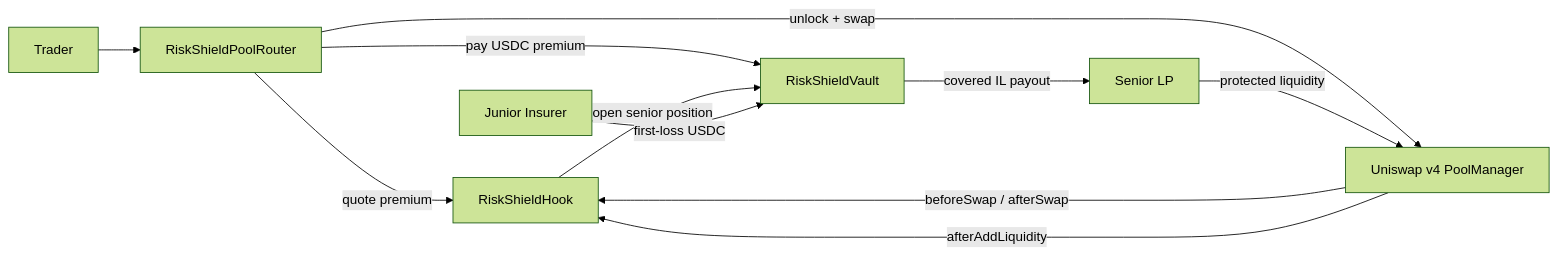
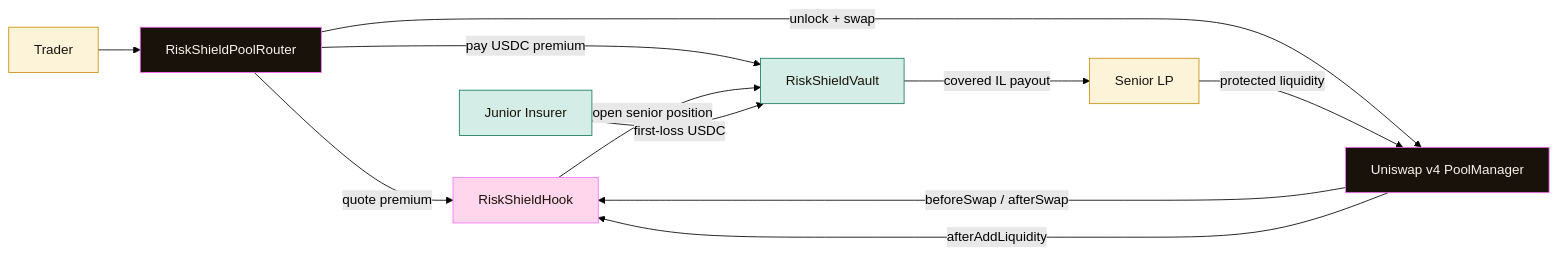
The diagram in README.md (NikhilRaikwar/riskshield-v4-hook), drawn with Mermaid (forest theme) before and after one commit. The commit also changed other lines of this file and 7 other files, not shown here.

````diff
--- a/README.md
+++ b/README.md
@@ -83,13 +92,27 @@
 ```mermaid
 flowchart LR
     T["Trader"] --> R["RiskShieldPoolRouter"]
     R -->|quote premium| H["RiskShieldHook"]
     R -->|pay USDC premium| V["RiskShieldVault"]
     R -->|unlock + swap| P["Uniswap v4 PoolManager"]
     P -->|beforeSwap / afterSwap| H
     S["Senior LP"] -->|protected liquidity| P
     P -->|afterAddLiquidity| H
     H -->|open senior position| V
     J["Junior Insurer"] -->|first-loss USDC| V
     V -->|covered IL payout| S
+
+    classDef trader fill:#fdf3d8,stroke:#c8920a,color:#18120a
+    classDef senior fill:#fdf3d8,stroke:#c8920a,color:#18120a
+    classDef junior fill:#d4ede6,stroke:#1a7a60,color:#18120a
+    classDef hook fill:#ffd6ec,stroke:#fc72ff,color:#18120a
+    classDef core fill:#18120a,stroke:#fc72ff,color:#f8f4ed
+    classDef vault fill:#d4ede6,stroke:#1a7a60,color:#18120a
+
+    class T trader
+    class S senior
+    class J junior
+    class H hook
+    class P,R core
+    class V vault
 ```
````
